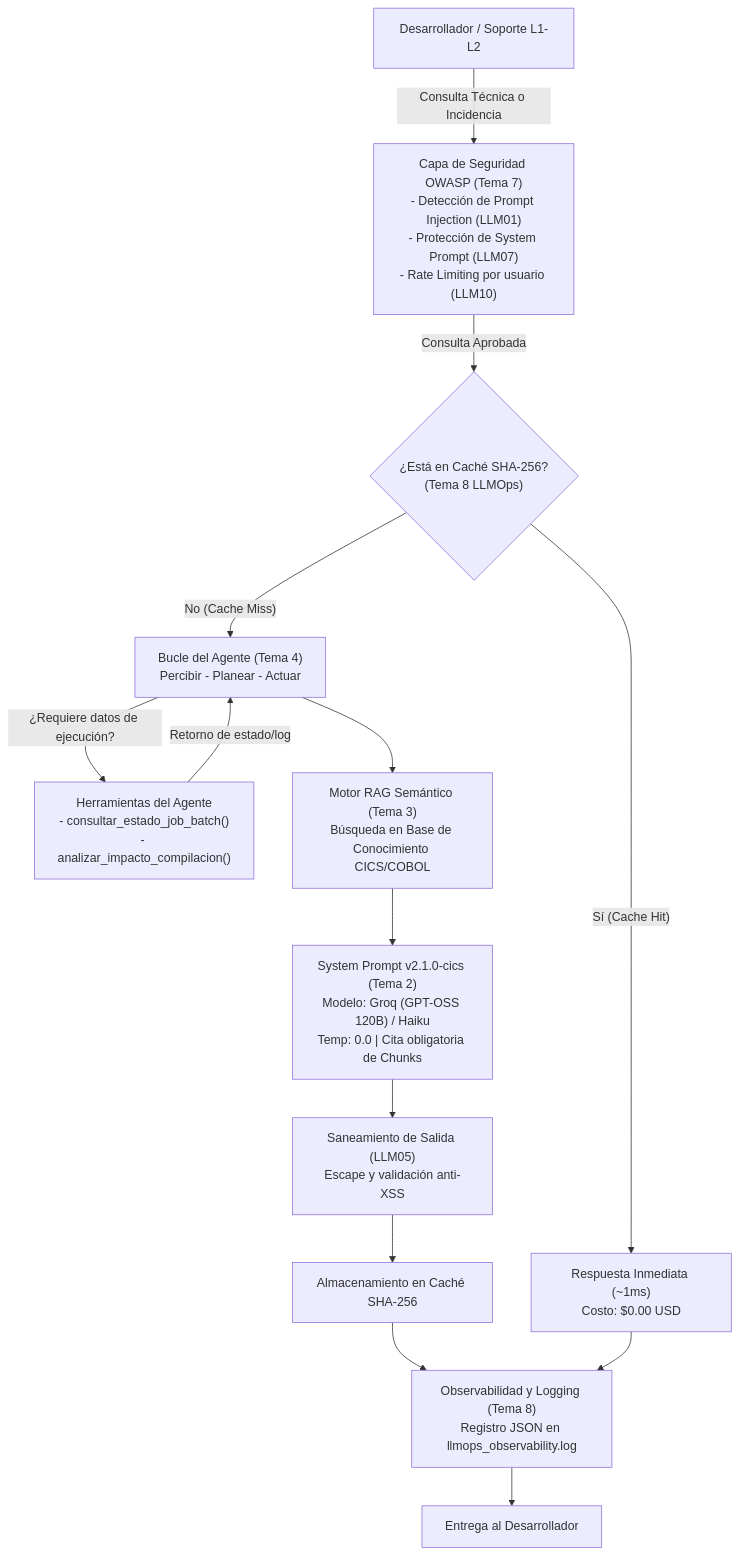
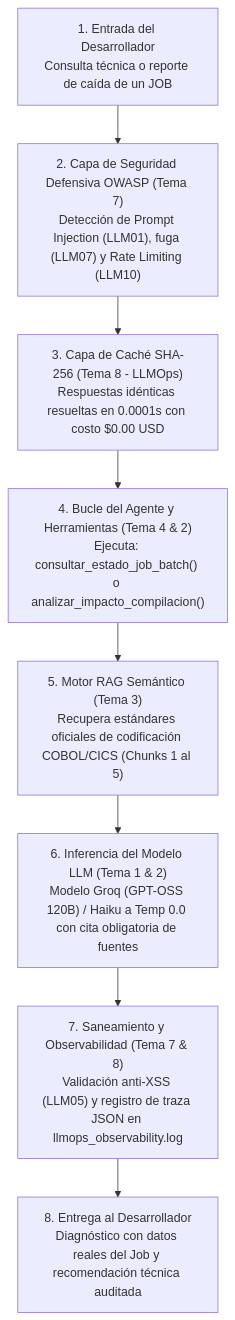
One commit to zonik811/AiDeveloper changed the diagram in README.md. Above: the diagram before and after it, drawn with Mermaid. The commit also changed other lines of this file and 1 other file, not shown here.

Commit message:
docs: streamline top-to-bottom architecture diagram and align executive summary

````diff
--- a/README.md
+++ b/README.md
@@ -25,21 +27,19 @@
 ```mermaid
 flowchart TD
-    User["Desarrollador / Soporte L1-L2"] -->|"Consulta Técnica o Incidencia"| Security["Capa de Seguridad OWASP (Tema 7)<br>- Detección de Prompt Injection (LLM01)<br>- Protección de System Prompt (LLM07)<br>- Rate Limiting por usuario (LLM10)"]
-    
-    Security -->|"Consulta Aprobada"| CacheCheck{"¿Está en Caché SHA-256?<br>(Tema 8 LLMOps)"}
-    
-    CacheCheck -->|"Sí (Cache Hit)"| FastResp["Respuesta Inmediata (~1ms)<br>Costo: $0.00 USD"]
-    CacheCheck -->|"No (Cache Miss)"| AgentLoop["Bucle del Agente (Tema 4)<br>Percibir - Planear - Actuar"]
-    
-    AgentLoop -->|"¿Requiere datos de ejecución?"| Tools["Herramientas del Agente<br>- consultar_estado_job_batch()<br>- analizar_impacto_compilacion()"]
-    Tools -->|"Retorno de estado/log"| AgentLoop
-    
-    AgentLoop --> RAG["Motor RAG Semántico (Tema 3)<br>Búsqueda en Base de Conocimiento CICS/COBOL"]
-    RAG --> Ingestion["System Prompt v2.1.0-cics (Tema 2)<br>Modelo: Groq (GPT-OSS 120B) / Haiku<br>Temp: 0.0 | Cita obligatoria de Chunks"]
-    
-    Ingestion --> Sanitize["Saneamiento de Salida (LLM05)<br>Escape y validación anti-XSS"]
-    Sanitize --> CacheStore["Almacenamiento en Caché SHA-256"]
-    CacheStore --> ObsLog["Observabilidad y Logging (Tema 8)<br>Registro JSON en llmops_observability.log"]
-    FastResp --> ObsLog
-    ObsLog --> Output["Entrega al Desarrollador"]
+    Paso1["1. Entrada del Desarrollador<br>Consulta técnica o reporte de caída de un JOB"]
+    Paso2["2. Capa de Seguridad Defensiva OWASP (Tema 7)<br>Detección de Prompt Injection (LLM01), fuga (LLM07) y Rate Limiting (LLM10)"]
+    Paso3["3. Capa de Caché SHA-256 (Tema 8 - LLMOps)<br>Respuestas idénticas resueltas en 0.0001s con costo $0.00 USD"]
+    Paso4["4. Bucle del Agente y Herramientas (Tema 4 & 2)<br>Ejecuta: consultar_estado_job_batch() o analizar_impacto_compilacion()"]
+    Paso5["5. Motor RAG Semántico (Tema 3)<br>Recupera estándares oficiales de codificación COBOL/CICS (Chunks 1 al 5)"]
+    Paso6["6. Inferencia del Modelo LLM (Tema 1 & 2)<br>Modelo Groq (GPT-OSS 120B) / Haiku a Temp 0.0 con cita obligatoria de fuentes"]
+    Paso7["7. Saneamiento y Observabilidad (Tema 7 & 8)<br>Validación anti-XSS (LLM05) y registro de traza JSON en llmops_observability.log"]
+    Paso8["8. Entrega al Desarrollador<br>Diagnóstico con datos reales del Job y recomendación técnica auditada"]
+
+    Paso1 --> Paso2
+    Paso2 --> Paso3
+    Paso3 --> Paso4
+    Paso4 --> Paso5
+    Paso5 --> Paso6
+    Paso6 --> Paso7
+    Paso7 --> Paso8
 ```
````
